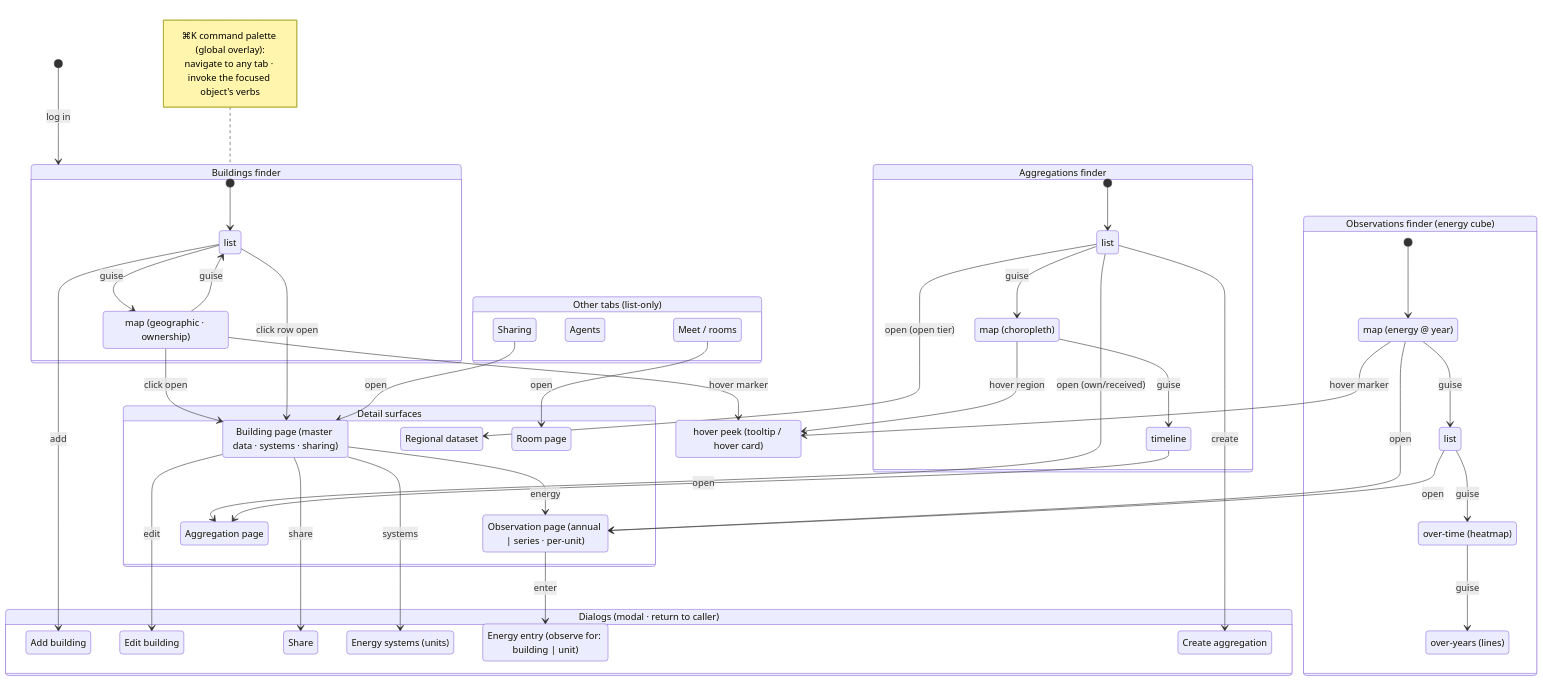
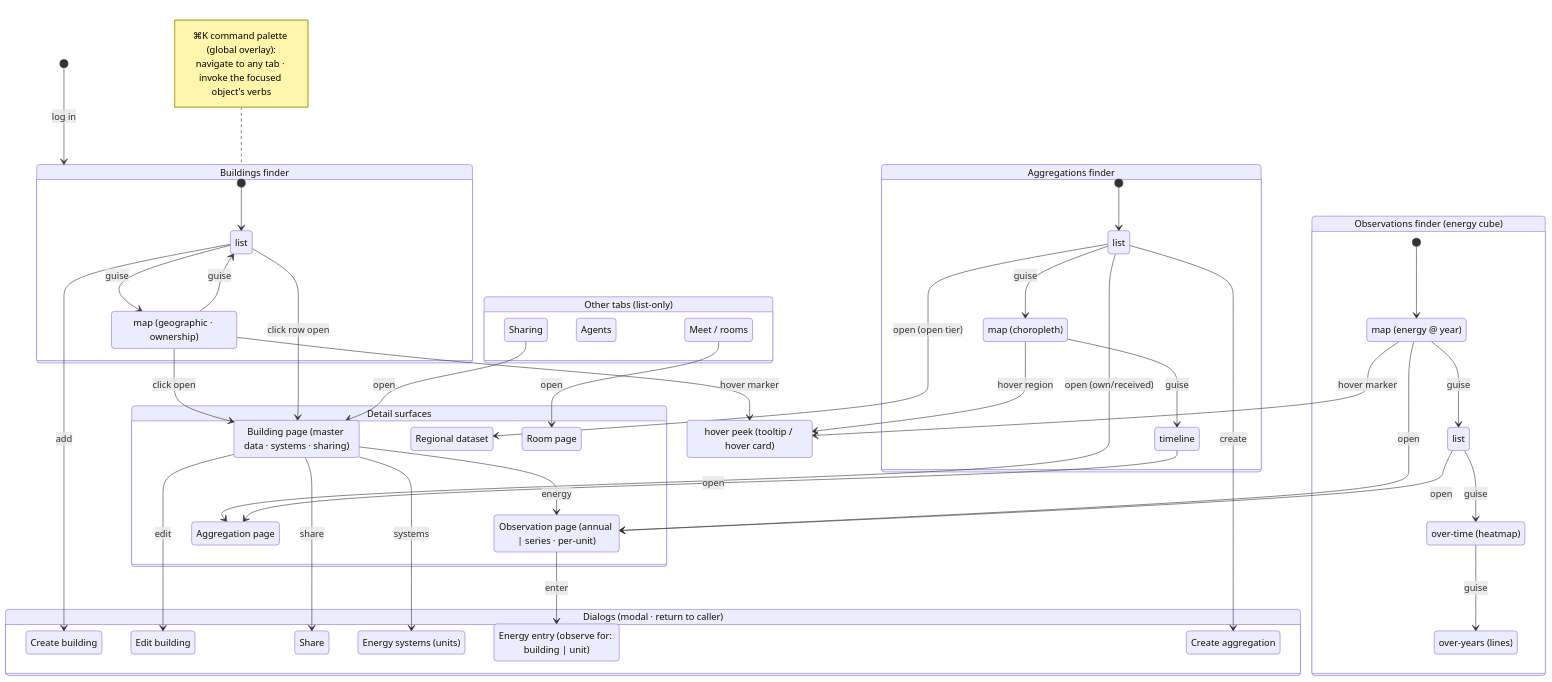
Before and after one commit to wintechis/granergize-webapp: the diagram in notes/ux-overview.mmd, drawn with Mermaid. The commit also changed 11 other files, not shown here.

````diff
--- a/notes/ux-overview.mmd
+++ b/notes/ux-overview.mmd
@@ -1,83 +1,83 @@
 %% Granergize-App — UX overview (clean forward-flow; mirrors ux-overview.dot).
 %% Mermaid stateDiagram. Render: `mmdc -i ux-overview.mmd -o ux-overview.mmd.svg`,
 %% or paste into a ```mermaid fence (GitHub renders it inline).
 stateDiagram-v2
   [*] --> Buildings: log in
 
   state "Buildings finder" as Buildings {
     [*] --> B_list
     B_list: list
     B_map: map (geographic · ownership)
     B_list --> B_map: guise
     B_map --> B_list: guise
   }
   state "Observations finder (energy cube)" as Observations {
     [*] --> O_map
     O_map: map (energy @ year)
     O_list: list
     O_overtime: over-time (heatmap)
     O_overyears: over-years (lines)
     O_map --> O_list: guise
     O_list --> O_overtime: guise
     O_overtime --> O_overyears: guise
   }
   state "Aggregations finder" as Aggregations {
     [*] --> A_list
     A_list: list
     A_map: map (choropleth)
     A_timeline: timeline
     A_list --> A_map: guise
     A_map --> A_timeline: guise
   }
   state "Other tabs (list-only)" as Others {
     Sharing
     Agents
     Meet: Meet / rooms
   }
 
   state "Detail surfaces" as Detail {
     BuildingPage: Building page (master data · systems · sharing)
     ObservationPage: Observation page (annual | series · per-unit)
     AggregationPage: Aggregation page
     RegionalPage: Regional dataset
     RoomPage: Room page
   }
 
   Peek: hover peek (tooltip / hover card)
 
   %% details-on-demand: hover = in-place peek, click = open the detail page
   B_map --> Peek: hover marker
   A_map --> Peek: hover region
   O_map --> Peek: hover marker
   B_map --> BuildingPage: click open
   B_list --> BuildingPage: click row open
   A_list --> AggregationPage: open (own/received)
   A_timeline --> AggregationPage: open
   A_list --> RegionalPage: open (open tier)
   O_map --> ObservationPage: open
   O_list --> ObservationPage: open
   Sharing --> BuildingPage: open
   Meet --> RoomPage: open
   BuildingPage --> ObservationPage: energy
 
   state "Dialogs (modal · return to caller)" as Dialogs {
-    AddBuilding: Add building
+    CreateBuilding: Create building
     EditBuilding: Edit building
     ShareBuilding: Share
     EnergySystems: Energy systems (units)
     EnergyEntry: Energy entry (observe for: building | unit)
     CreateAgg: Create aggregation
   }
 
-  B_list --> AddBuilding: add
+  B_list --> CreateBuilding: add
   BuildingPage --> EditBuilding: edit
   BuildingPage --> ShareBuilding: share
   BuildingPage --> EnergySystems: systems
   ObservationPage --> EnergyEntry: enter
   A_list --> CreateAgg: create
   %% (dialog return-edges omitted here for legibility — see ux-overview-returns.dot)
 
   note left of Buildings
     ⌘K command palette (global overlay):
     navigate to any tab · invoke the focused object's verbs
   end note
````
